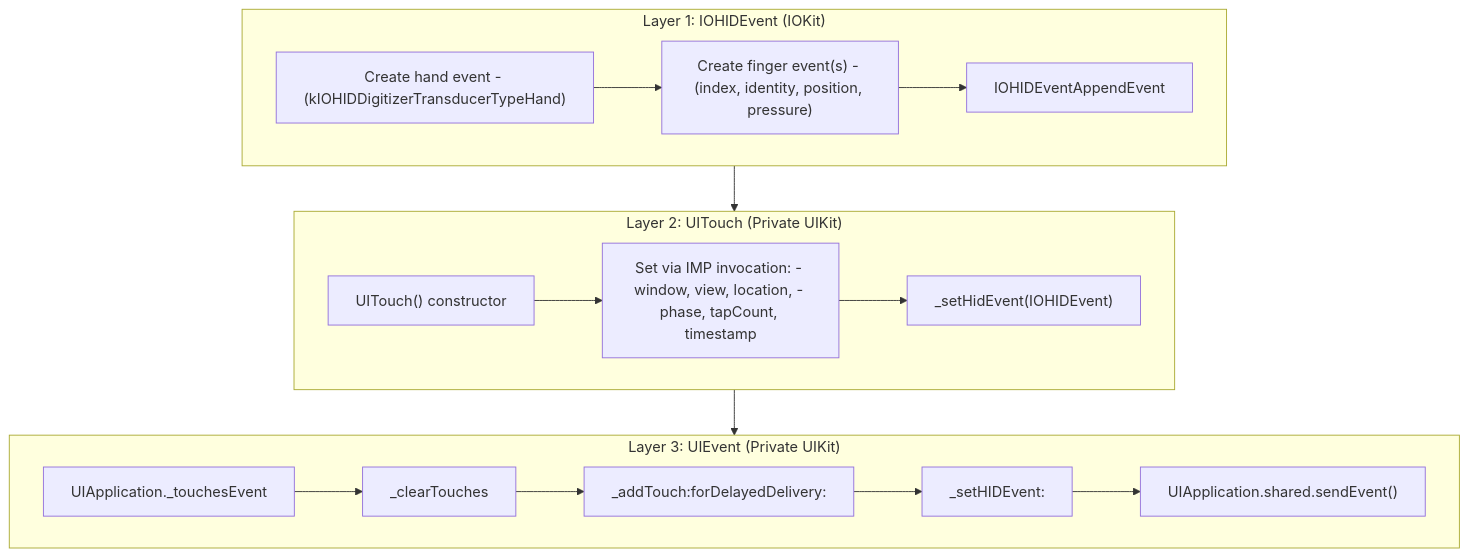
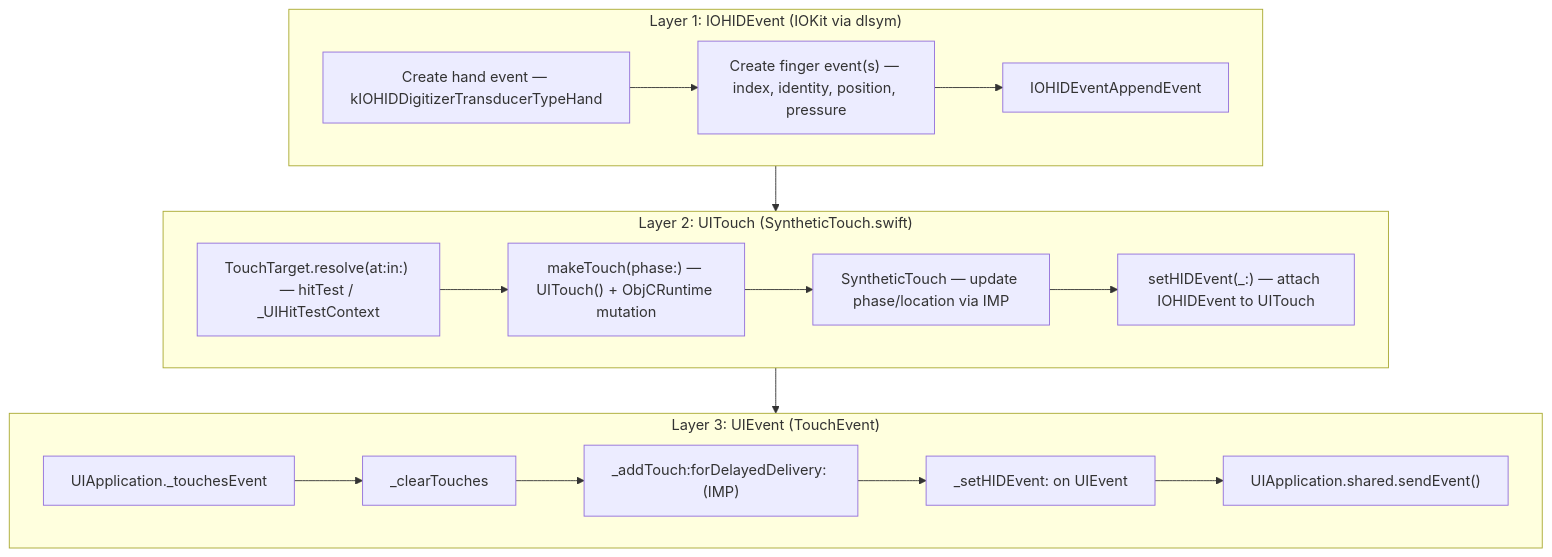
Before and after one commit to RoyalPineapple/TheButtonHeist: the second of 4 diagrams in docs/dossiers/04-THESAFECRACKER.md, drawn with Mermaid. The commit also changed other lines of this file and 11 other files, not shown here.

````diff
--- a/docs/dossiers/04-THESAFECRACKER.md
+++ b/docs/dossiers/04-THESAFECRACKER.md
@@ -68,28 +103,29 @@
 ```mermaid
 flowchart TD
-    subgraph Layer1["Layer 1: IOHIDEvent (IOKit)"]
-        Hand["Create hand event - (kIOHIDDigitizerTransducerTypeHand)"]
-        Finger["Create finger event(s) - (index, identity, position, pressure)"]
+    subgraph Layer1["Layer 1: IOHIDEvent (IOKit via dlsym)"]
+        Hand["Create hand event — kIOHIDDigitizerTransducerTypeHand"]
+        Finger["Create finger event(s) — index, identity, position, pressure"]
         Hand --> Finger
         Finger --> Append["IOHIDEventAppendEvent"]
     end
 
-    subgraph Layer2["Layer 2: UITouch (Private UIKit)"]
-        Create["UITouch() constructor"]
-        Mutate["Set via IMP invocation: - window, view, location, - phase, tapCount, timestamp"]
-        HID["_setHidEvent(IOHIDEvent)"]
-        Create --> Mutate --> HID
+    subgraph Layer2["Layer 2: UITouch (SyntheticTouch.swift)"]
+        Resolve["TouchTarget.resolve(at:in:) — hitTest / _UIHitTestContext"]
+        Create["makeTouch(phase:) — UITouch() + ObjCRuntime mutation"]
+        Mutate["SyntheticTouch — update phase/location via IMP"]
+        HID["setHIDEvent(_:) — attach IOHIDEvent to UITouch"]
+        Resolve --> Create --> Mutate --> HID
     end
 
-    subgraph Layer3["Layer 3: UIEvent (Private UIKit)"]
+    subgraph Layer3["Layer 3: UIEvent (TouchEvent)"]
         GetEvent["UIApplication._touchesEvent"]
         Clear["_clearTouches"]
-        AddTouch["_addTouch:forDelayedDelivery:"]
-        SetHID["_setHIDEvent:"]
+        AddTouch["_addTouch:forDelayedDelivery: (IMP)"]
+        SetHID["_setHIDEvent: on UIEvent"]
         Send["UIApplication.shared.sendEvent()"]
         GetEvent --> Clear --> AddTouch --> SetHID --> Send
     end
 
     Layer1 --> Layer2
     Layer2 --> Layer3
 ```
````
